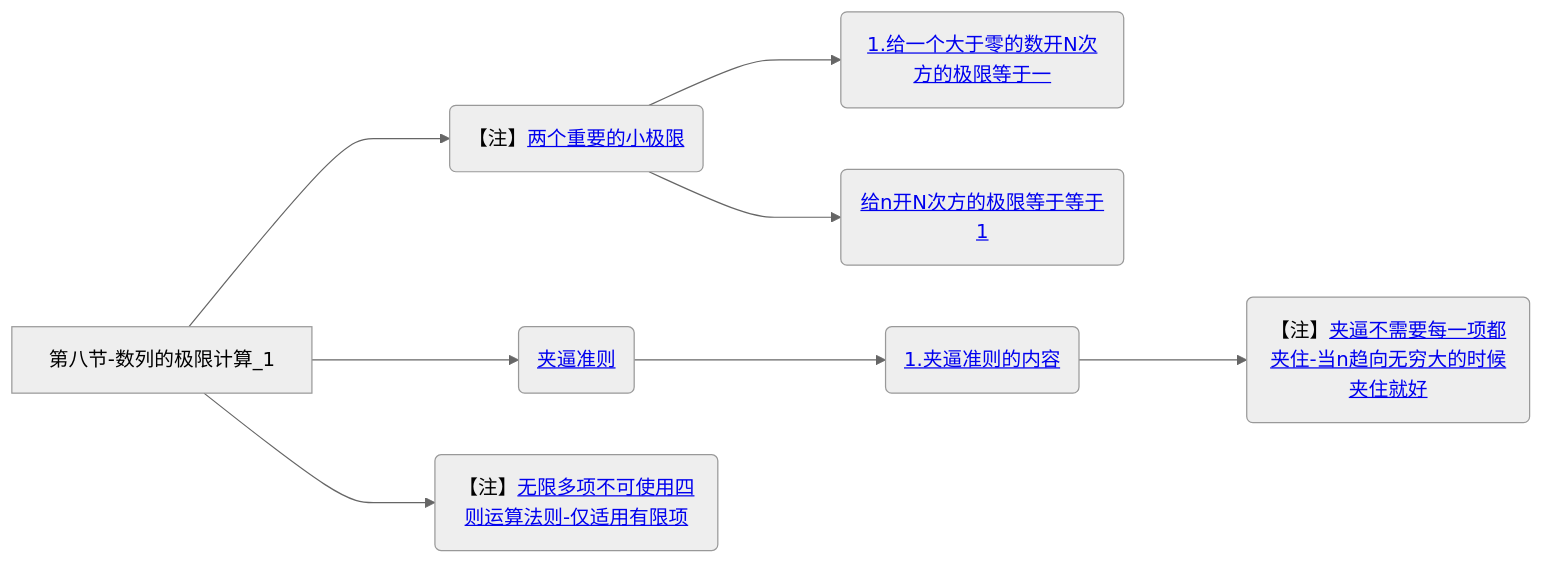
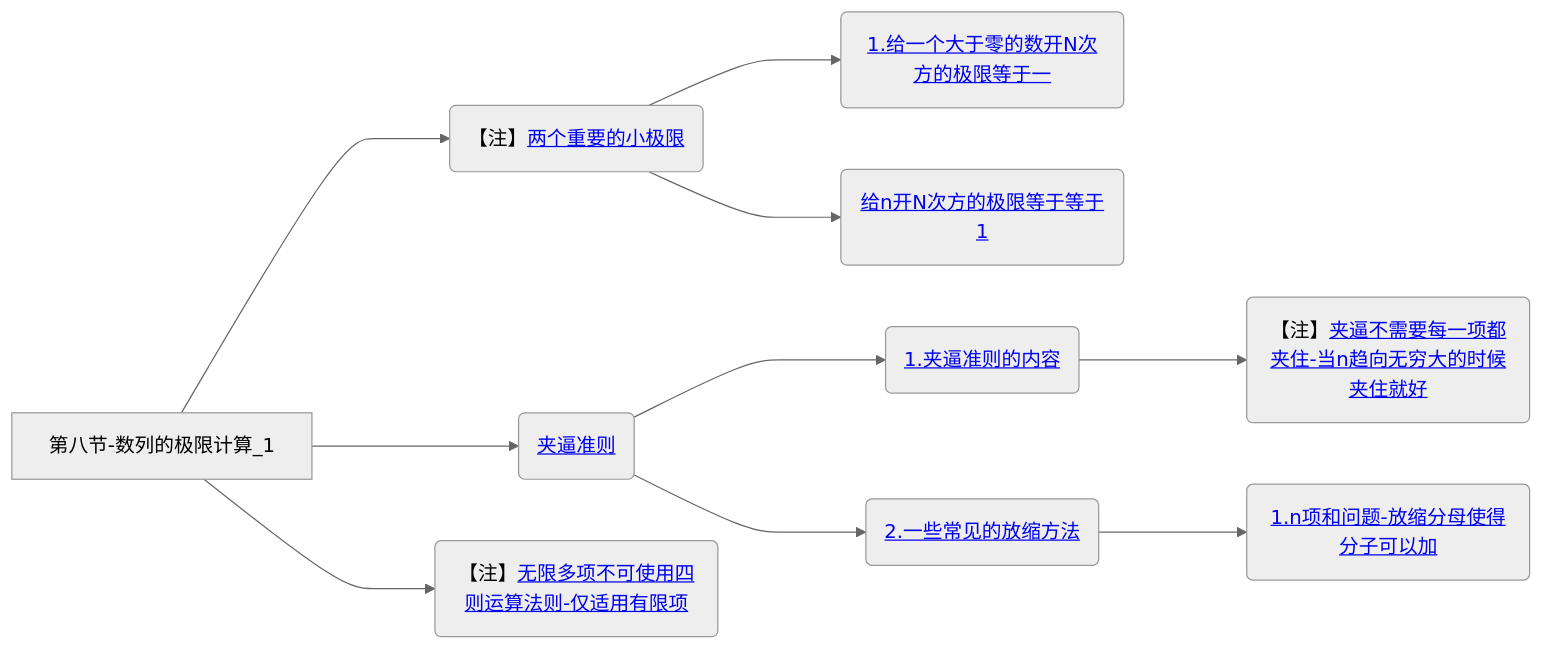
Before and after one commit to yuebinghui/note: the eighth of 8 diagrams in 笔记/数学/周洋鑫/01.基础班思维导图.md, drawn with Mermaid (neutral theme). The commit also changed 4 other files, not shown here.

````diff
--- a/笔记/数学/周洋鑫/01.基础班思维导图.md
+++ b/笔记/数学/周洋鑫/01.基础班思维导图.md
@@ -311,14 +311,17 @@
 ```mermaid
 graph LR
 第八节-数列的极限计算_1
 
 第八节-数列的极限计算_1--->两个重要的小极限(【注】<a href="/Users/yuebinghui/Documents/program/github/note/笔记/数学/周洋鑫/基础班/08.数列的极限计算_1.md#两个重要的小极限">两个重要的小极限</>)
 两个重要的小极限--->1.给一个大于零的数开N次方的极限等于一(<a href="/Users/yuebinghui/Documents/program/github/note/笔记/数学/周洋鑫/基础班/08.数列的极限计算_1.md#1.给一个大于零的数开N次方的极限等于一">1.给一个大于零的数开N次方的极限等于一</>)
 两个重要的小极限--->给n开N次方的极限等于等于1(<a href="/Users/yuebinghui/Documents/program/github/note/笔记/数学/周洋鑫/基础班/08.数列的极限计算_1.md#给n开N次方的极限等于等于1">给n开N次方的极限等于等于1</>)
 
 第八节-数列的极限计算_1--->夹逼准则(<a href="/Users/yuebinghui/Documents/program/github/note/笔记/数学/周洋鑫/基础班/08.数列的极限计算_1.md#夹逼准则">夹逼准则</>)
 夹逼准则--->1.夹逼准则的内容(<a href="/Users/yuebinghui/Documents/program/github/note/笔记/数学/周洋鑫/基础班/08.数列的极限计算_1.md#1.夹逼准则的内容">1.夹逼准则的内容</>)
 1.夹逼准则的内容--->夹逼不需要每一项都夹住-当n趋向无穷大的时候夹住就好(【注】<a href="/Users/yuebinghui/Documents/program/github/note/笔记/数学/周洋鑫/基础班/08.数列的极限计算_1.md#夹逼不需要每一项都夹住-当n趋向无穷大的时候夹住就好">夹逼不需要每一项都夹住-当n趋向无穷大的时候夹住就好</>)
 
 第八节-数列的极限计算_1--->无限多项不可使用四则运算法则-仅适用有限项(【注】<a href="/Users/yuebinghui/Documents/program/github/note/笔记/数学/周洋鑫/基础班/08.数列的极限计算_1.md#无限多项不可使用四则运算法则-仅适用有限项">无限多项不可使用四则运算法则-仅适用有限项</>)
+
+夹逼准则--->2.一些常见的放缩方法(<a href="/Users/yuebinghui/Documents/program/github/note/笔记/数学/周洋鑫/基础班/08.数列的极限计算_1.md#2.一些常见的放缩方法">2.一些常见的放缩方法</>)
+2.一些常见的放缩方法--->1.n项和问题-放缩分母使得分子可以加(<a href="/Users/yuebinghui/Documents/program/github/note/笔记/数学/周洋鑫/基础班/08.数列的极限计算_1.md#1.n项和问题-放缩分母使得分子可以加">1.n项和问题-放缩分母使得分子可以加</>)
 ```
````
